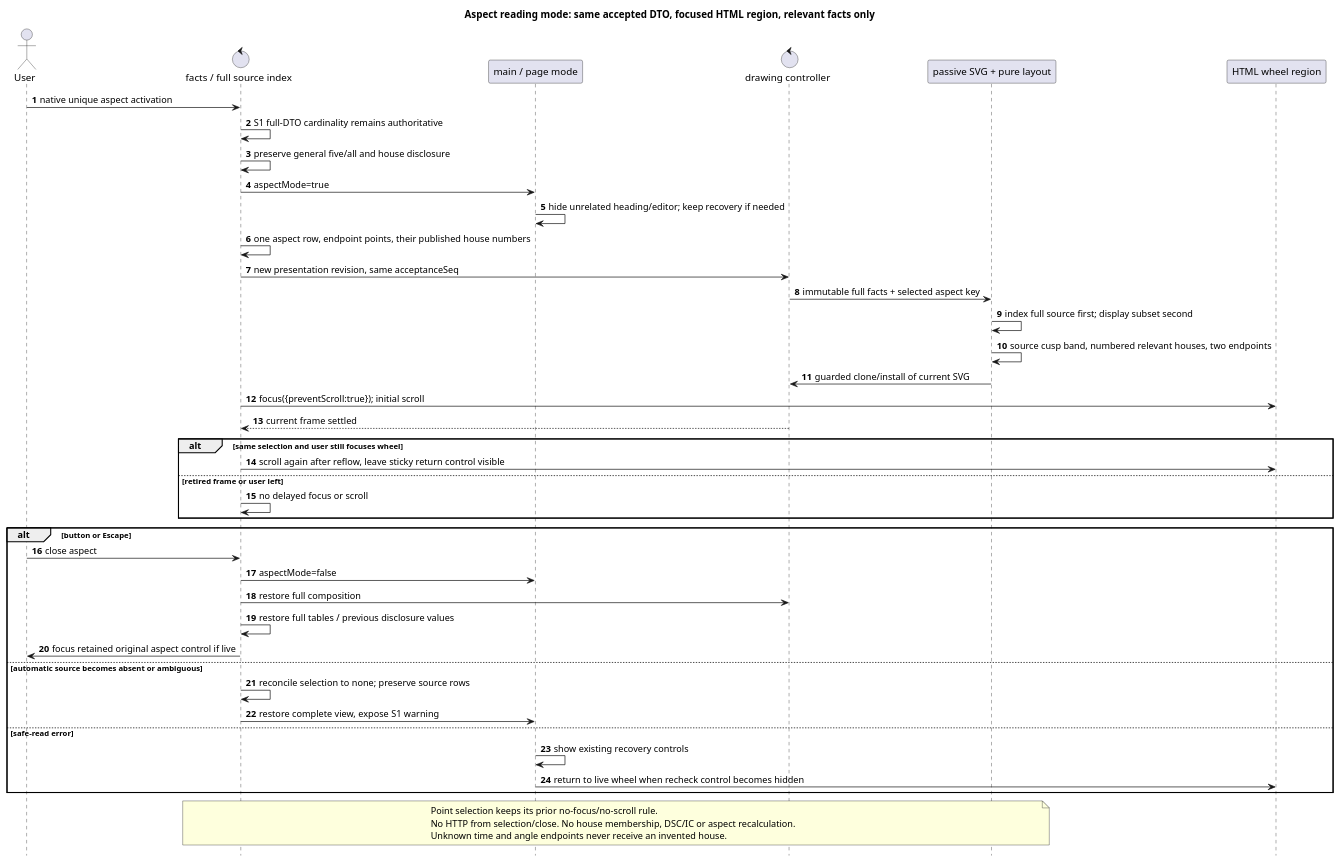
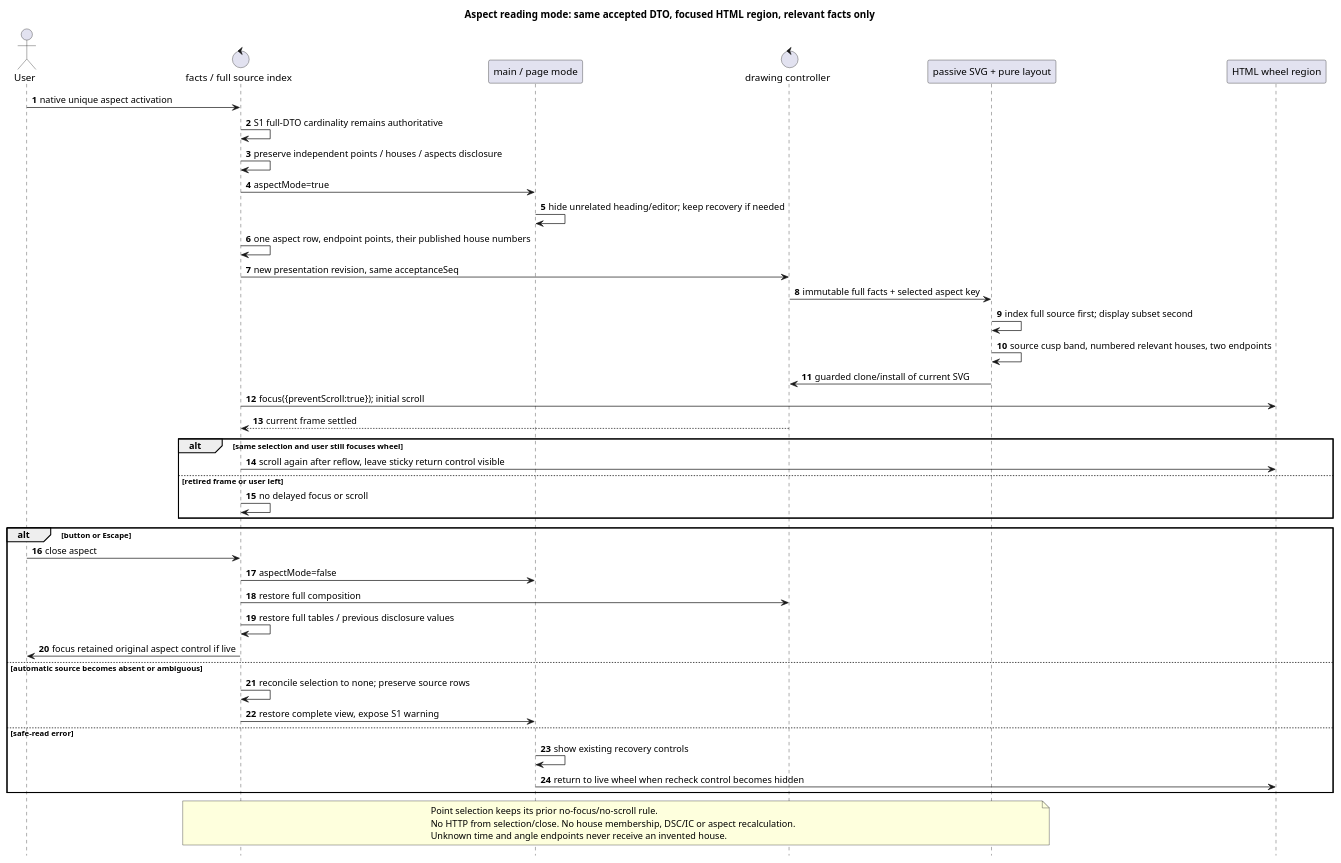
The diagram in docs/project_management/change_plans/ui-chart-wheel/developer/sequence_diagrams/ui/006-aspect-reading-mode.puml (ksenia-baranova/exact-orb-demo), drawn with PlantUML before and after one commit. The commit also changed 28 other files, not shown here.

```diff
--- a/docs/project_management/change_plans/ui-chart-wheel/developer/sequence_diagrams/ui/006-aspect-reading-mode.puml
+++ b/docs/project_management/change_plans/ui-chart-wheel/developer/sequence_diagrams/ui/006-aspect-reading-mode.puml
@@ -1,48 +1,48 @@
 @startuml
 ' DRAFT Codex / Developer,20.10.2026. Direct Owner feedback and explicit endpoint-house clarification.
 title Aspect reading mode: same accepted DTO, focused HTML region, relevant facts only
 autonumber
 hide footbox
 actor User
 control "facts / full source index" as Facts
 participant "main / page mode" as Main
 control "drawing controller" as Controller
 participant "passive SVG + pure layout" as SVG
 participant "HTML wheel region" as Focus
 User -> Facts : native unique aspect activation
 Facts -> Facts : S1 full-DТО cardinality remains authoritative
-Facts -> Facts : preserve general five/all and house disclosure
+Facts -> Facts : preserve independent points / houses / aspects disclosure
 Facts -> Main : aspectMode=true
 Main -> Main : hide unrelated heading/editor; keep recovery if needed
 Facts -> Facts : one aspect row, endpoint points, their published house numbers
 Facts -> Controller : new presentation revision, same acceptanceSeq
 Controller -> SVG : immutable full facts + selected aspect key
 SVG -> SVG : index full source first; display subset second
 SVG -> SVG : source cusp band, numbered relevant houses, two endpoints
 SVG -> Controller : guarded clone/install of current SVG
 Facts -> Focus : focus({preventScroll:true}); initial scroll
 Controller --> Facts : current frame settled
 alt same selection and user still focuses wheel
   Facts -> Focus : scroll again after reflow, leave sticky return control visible
 else retired frame or user left
   Facts -> Facts : no delayed focus or scroll
 end
 alt button or Escape
   User -> Facts : close aspect
   Facts -> Main : aspectMode=false
   Facts -> Controller : restore full composition
   Facts -> Facts : restore full tables / previous disclosure values
   Facts -> User : focus retained original aspect control if live
 else automatic source becomes absent or ambiguous
   Facts -> Facts : reconcile selection to none; preserve source rows
   Facts -> Main : restore complete view, expose S1 warning
 else safe-read error
   Main -> Main : show existing recovery controls
   Main -> Focus : return to live wheel when recheck control becomes hidden
 end
 note over Facts, SVG
 Point selection keeps its prior no-focus/no-scroll rule.
 No HTTP from selection/close. No house membership, DSC/IC or aspect recalculation.
 Unknown time and angle endpoints never receive an invented house.
 end note
 @enduml
```
